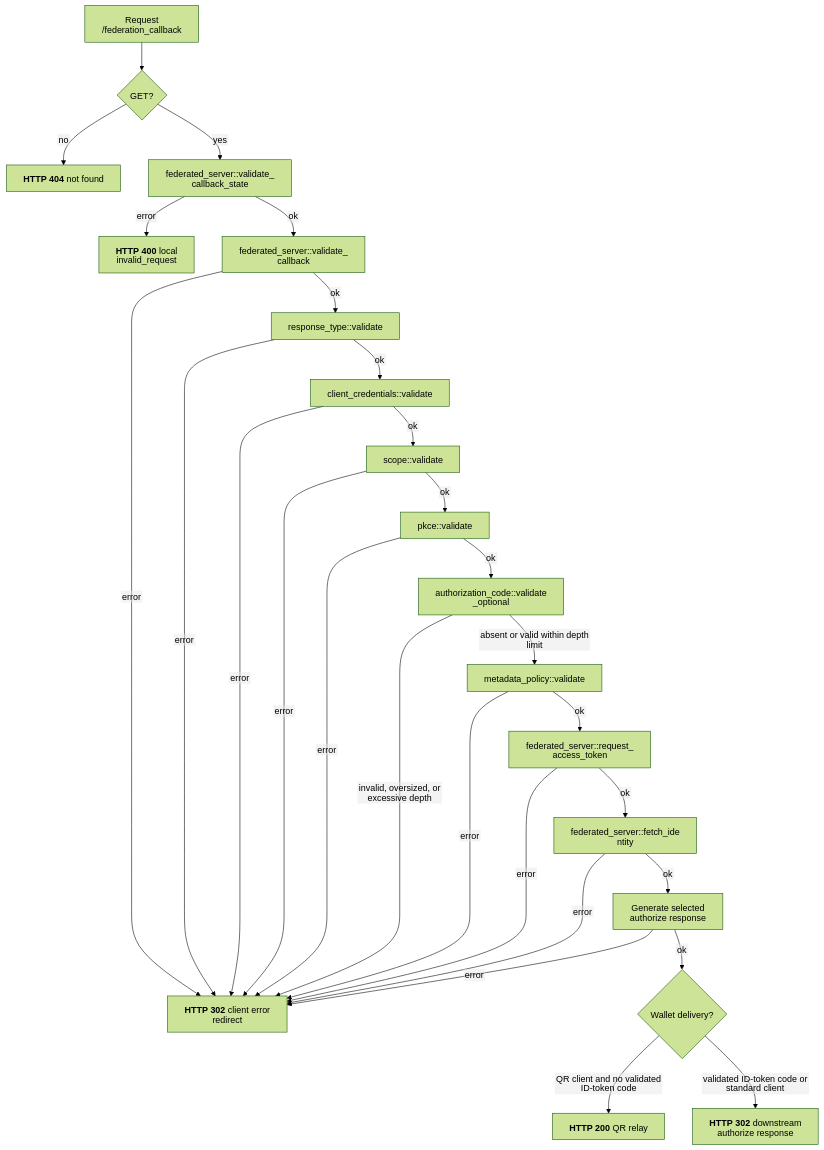
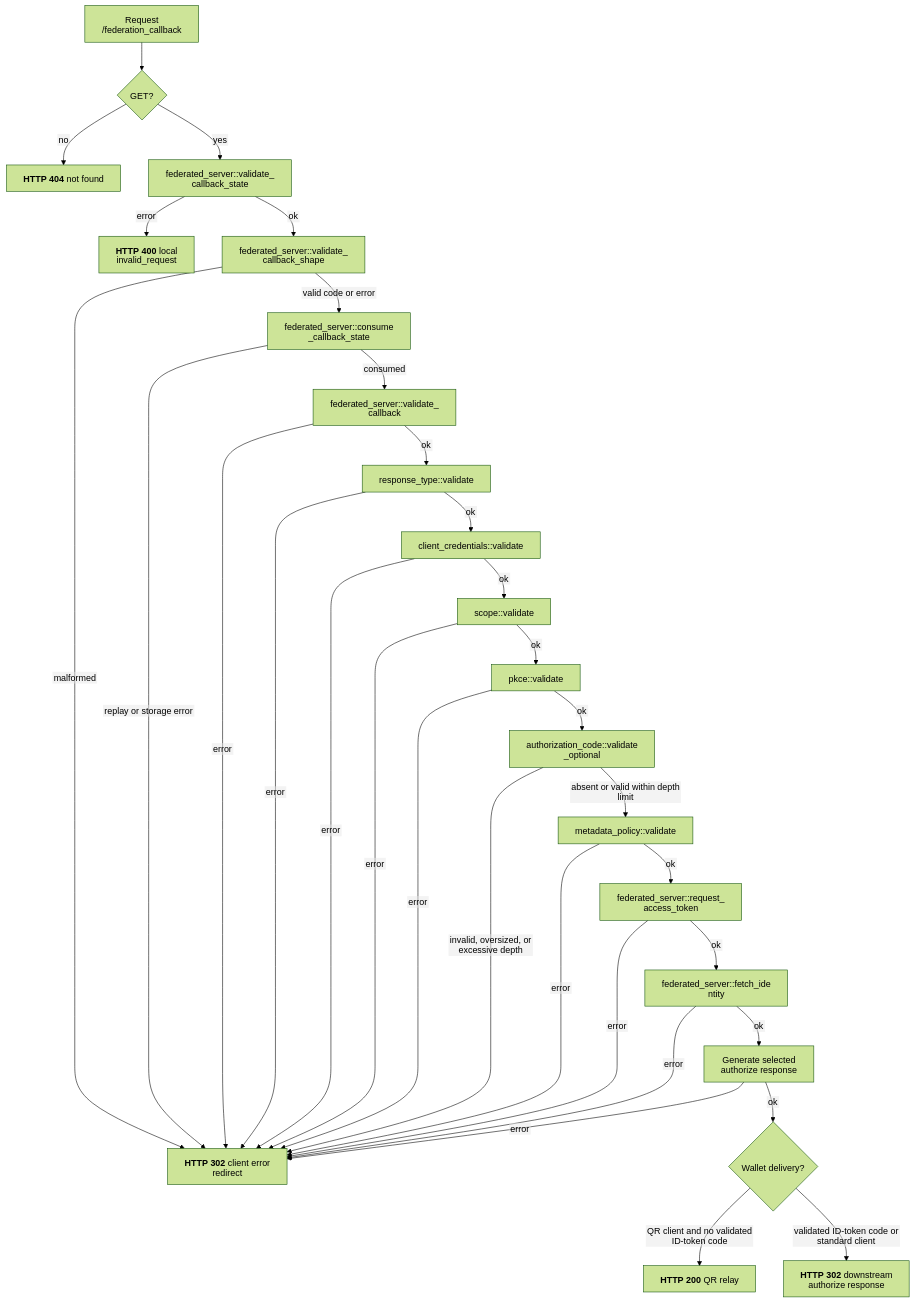
Before and after one commit to malach-it/kagome: the diagram in docs/flows/oauth/federation_callback.mmd, drawn with Mermaid (forest theme). The commit also changed 44 other files, not shown here.

```diff
--- a/docs/flows/oauth/federation_callback.mmd
+++ b/docs/flows/oauth/federation_callback.mmd
@@ -1,29 +1,33 @@
 %%{init: {"htmlLabels": false, "flowchart": {"htmlLabels": false}}}%%
 flowchart TD
     start[Request /federation_callback] --> method{GET?}
     method -- no --> not_found["`**HTTP 404** not found`"]
     method -- yes --> state["federated_server::validate_callback_state"]
     state -- error --> invalid_state["`**HTTP 400** local invalid_request`"]
-    state -- ok --> callback["federated_server::validate_callback"]
+    state -- ok --> shape["federated_server::validate_callback_shape"]
+    shape -- malformed --> redirect_error["`**HTTP 302** client error redirect`"]
+    shape -- valid code or error --> consume["federated_server::consume_callback_state"]
+    consume -- replay or storage error --> redirect_error
+    consume -- consumed --> callback["federated_server::validate_callback"]
     callback -- error --> redirect_error["`**HTTP 302** client error redirect`"]
     callback -- ok --> response_type["response_type::validate"]
     response_type -- error --> redirect_error
     response_type -- ok --> client["client_credentials::validate"]
     client -- error --> redirect_error
     client -- ok --> scope["scope::validate"]
     scope -- error --> redirect_error
     scope -- ok --> pkce["pkce::validate"]
     pkce -- error --> redirect_error
     pkce -- ok --> code["authorization_code::validate_optional"]
     code -- invalid, oversized, or excessive depth --> redirect_error
     code -- absent or valid within depth limit --> policy["metadata_policy::validate"]
     policy -- error --> redirect_error
     policy -- ok --> token["federated_server::request_access_token"]
     token -- error --> redirect_error
     token -- ok --> identity["federated_server::fetch_identity"]
     identity -- error --> redirect_error
     identity -- ok --> generate[Generate selected authorize response]
     generate -- error --> redirect_error
     generate -- ok --> delivery{Wallet delivery?}
     delivery -- QR client and no validated ID-token code --> qr["`**HTTP 200** QR relay`"]
     delivery -- validated ID-token code or standard client --> accepted["`**HTTP 302** downstream authorize response`"]
```
